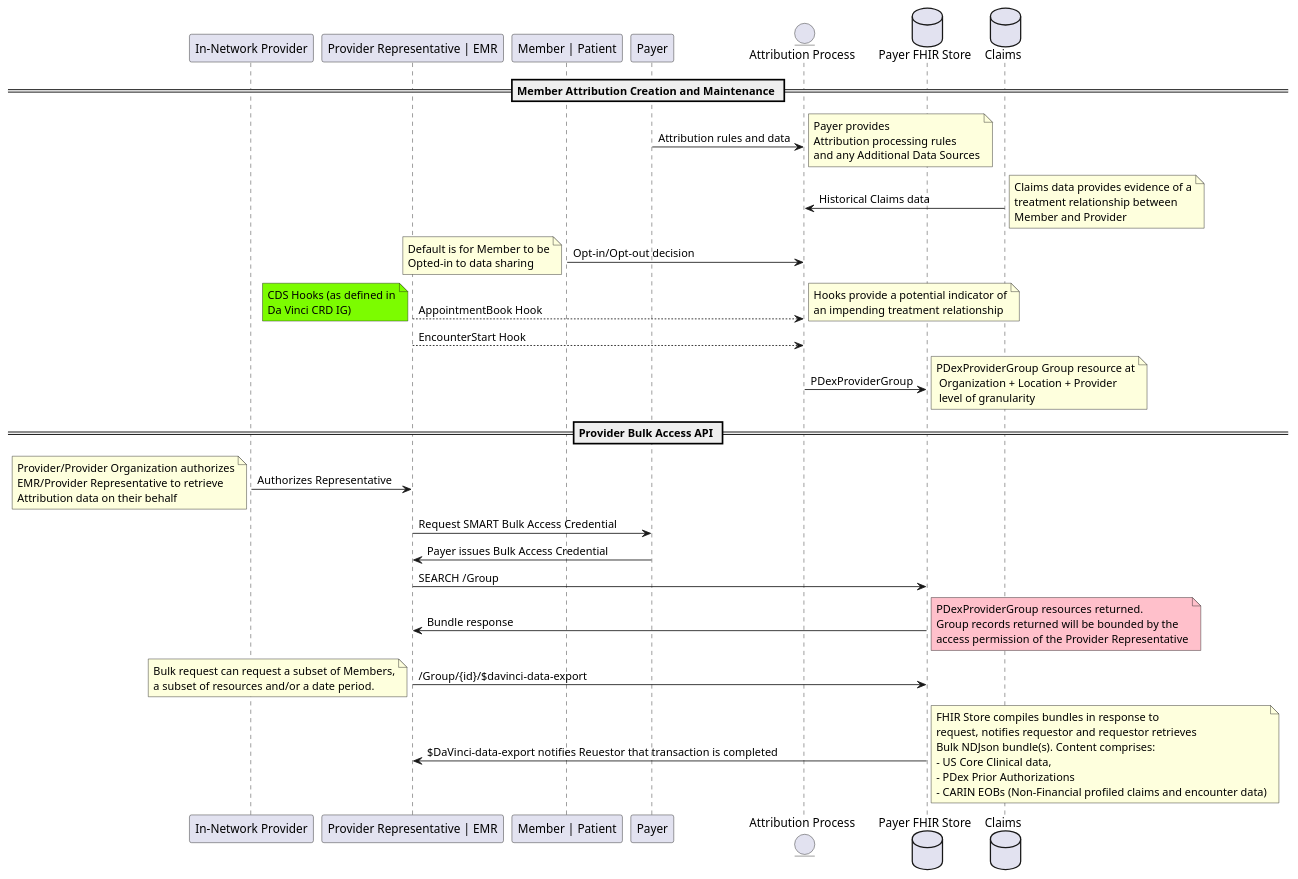
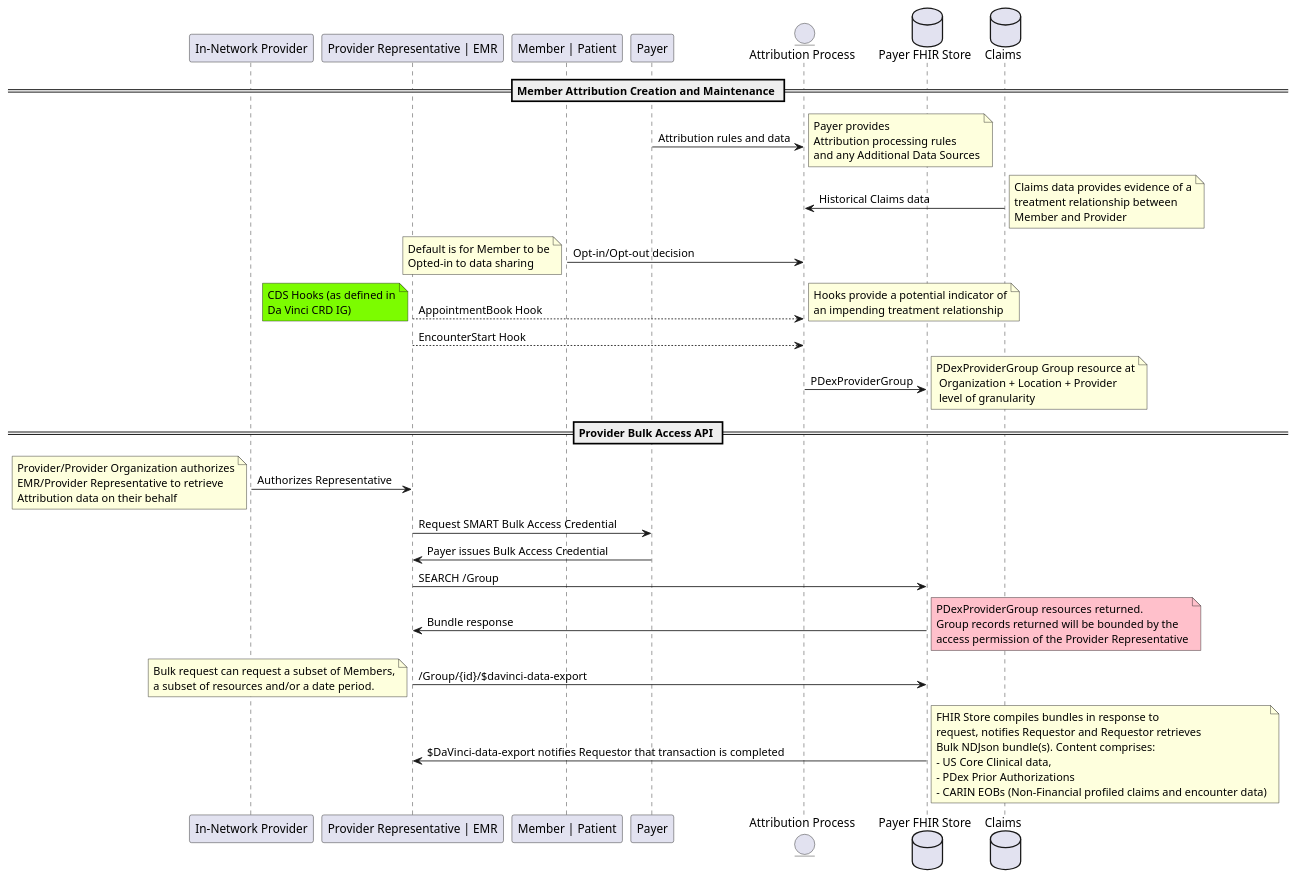
Before and after one commit to HL7/davinci-epdx: the diagram in input/images-source/pdex/provider-access-api.plantuml, drawn with PlantUML. The commit also changed 11 other files, not shown here.

```diff
--- a/input/images-source/pdex/provider-access-api.plantuml
+++ b/input/images-source/pdex/provider-access-api.plantuml
@@ -1,75 +1,75 @@
 @startuml
 skinparam svgDimensionStyle false
 participant "In-Network Provider" as Provider
 participant "Provider Representative | EMR" as EMR
 Participant "Member | Patient" as Member
 participant "Payer" as Payer
 entity "Attribution Process" as Attribution
 database "Payer FHIR Store" as FHIRServer
 database "Claims" as Claims
 == Member Attribution Creation and Maintenance ==
 Payer -> Attribution : Attribution rules and data
 note right
   Payer provides
   Attribution processing rules
   and any Additional Data Sources
 endnote
 Claims -> Attribution : Historical Claims data
 note right
   Claims data provides evidence of a
   treatment relationship between
   Member and Provider
 endnote
 Member -> Attribution : Opt-in/Opt-out decision
 note left
   Default is for Member to be
   Opted-in to data sharing
 endnote
 EMR --> Attribution: AppointmentBook Hook
 note left #LawnGreen
   CDS Hooks (as defined in
   Da Vinci CRD IG)
 endnote
 note right
   Hooks provide a potential indicator of
   an impending treatment relationship
 endnote
 EMR --> Attribution: EncounterStart Hook
 Attribution -> FHIRServer: PDexProviderGroup
 note right
 	PDexProviderGroup Group resource at
   Organization + Location + Provider
   level of granularity
 endnote
 
 == Provider Bulk Access API ==
 Provider -> EMR: Authorizes Representative
 note left
   Provider/Provider Organization authorizes
   EMR/Provider Representative to retrieve
   Attribution data on their behalf
 endnote
 EMR -> Payer: Request SMART Bulk Access Credential
 Payer -> EMR: Payer issues Bulk Access Credential
 EMR -> FHIRServer: SEARCH /Group
 FHIRServer -> EMR: Bundle response
 note right #Pink
   PDexProviderGroup resources returned.
   Group records returned will be bounded by the
   access permission of the Provider Representative
 endnote
 EMR -> FHIRServer: /Group/{id}/$davinci-data-export
 note left
   Bulk request can request a subset of Members,
   a subset of resources and/or a date period.
 endnote
-FHIRServer -> EMR: $DaVinci-data-export notifies Reuestor that transaction is completed
+FHIRServer -> EMR: $DaVinci-data-export notifies Requestor that transaction is completed
 note right
 FHIR Store compiles bundles in response to
-request, notifies requestor and requestor retrieves
+request, notifies Requestor and Requestor retrieves
 Bulk NDJson bundle(s). Content comprises:
 - US Core Clinical data,
 - PDex Prior Authorizations
 - CARIN EOBs (Non-Financial profiled claims and encounter data)
 endnote
 @enduml
```
